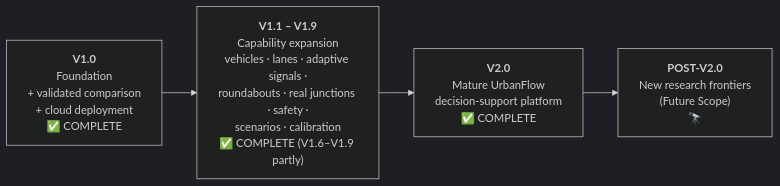
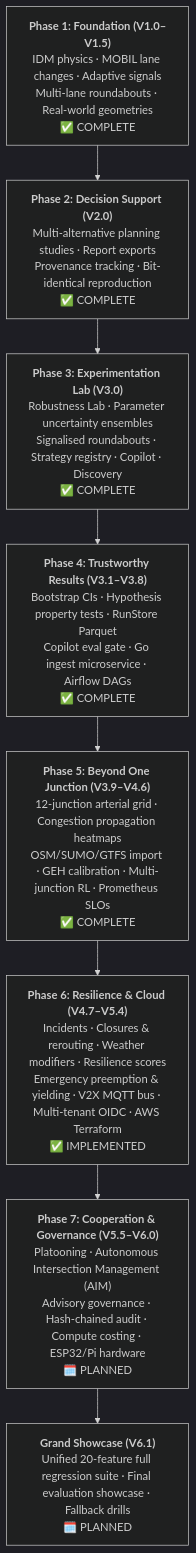
Before and after one commit to Viraj281105/Traffic-Simulation: the first of 2 diagrams in docs/ROADMAP.md, drawn with Mermaid (dark theme). The commit also changed other lines of this file and 8 other files, not shown here.

````diff
--- a/docs/ROADMAP.md
+++ b/docs/ROADMAP.md
@@ -21,8 +24,13 @@
 ```mermaid
-flowchart LR
-    A["<b>V1.0</b><br/>Foundation<br/>+ validated comparison<br/>+ cloud deployment<br/>✅ COMPLETE"]
-    B["<b>V1.1 – V1.9</b><br/>Capability expansion<br/>vehicles · lanes · adaptive signals ·<br/>roundabouts · real junctions · safety ·<br/>scenarios · calibration<br/>✅ COMPLETE (V1.6–V1.9 partly)"]
-    C["<b>V2.0</b><br/>Mature UrbanFlow<br/>decision-support platform<br/>✅ COMPLETE"]
-    D["<b>POST-V2.0</b><br/>New research frontiers<br/>(Future Scope)<br/>🔭"]
-    A --> B --> C --> D
+flowchart TD
+    V1_0["<b>Phase 1: Foundation (V1.0–V1.5)</b><br/>IDM physics · MOBIL lane changes · Adaptive signals<br/>Multi-lane roundabouts · Real-world geometries<br/>✅ COMPLETE"]
+    V2_0["<b>Phase 2: Decision Support (V2.0)</b><br/>Multi-alternative planning studies · Report exports<br/>Provenance tracking · Bit-identical reproduction<br/>✅ COMPLETE"]
+    V3_0["<b>Phase 3: Experimentation Lab (V3.0)</b><br/>Robustness Lab · Parameter uncertainty ensembles<br/>Signalised roundabouts · Strategy registry · Copilot · Discovery<br/>✅ COMPLETE"]
+    V4_0["<b>Phase 4: Trustworthy Results (V3.1–V3.8)</b><br/>Bootstrap CIs · Hypothesis property tests · RunStore Parquet<br/>Copilot eval gate · Go ingest microservice · Airflow DAGs<br/>✅ COMPLETE"]
+    V4_6["<b>Phase 5: Beyond One Junction (V3.9–V4.6)</b><br/>12-junction arterial grid · Congestion propagation heatmaps<br/>OSM/SUMO/GTFS import · GEH calibration · Multi-junction RL · Prometheus SLOs<br/>✅ COMPLETE"]
+    V5_4["<b>Phase 6: Resilience & Cloud (V4.7–V5.4)</b><br/>Incidents · Closures & rerouting · Weather modifiers · Resilience scores<br/>Emergency preemption & yielding · V2X MQTT bus · Multi-tenant OIDC · AWS Terraform<br/>✅ IMPLEMENTED"]
+    V6_0["<b>Phase 7: Cooperation & Governance (V5.5–V6.0)</b><br/>Platooning · Autonomous Intersection Management (AIM)<br/>Advisory governance · Hash-chained audit · Compute costing · ESP32/Pi hardware<br/>🗓️ PLANNED"]
+    V6_1["<b>Grand Showcase (V6.1)</b><br/>Unified 20-feature full regression suite · Final evaluation showcase · Fallback drills<br/>🗓️ PLANNED"]
+
+    V1_0 --> V2_0 --> V3_0 --> V4_0 --> V4_6 --> V5_4 --> V6_0 --> V6_1
 ```
````
